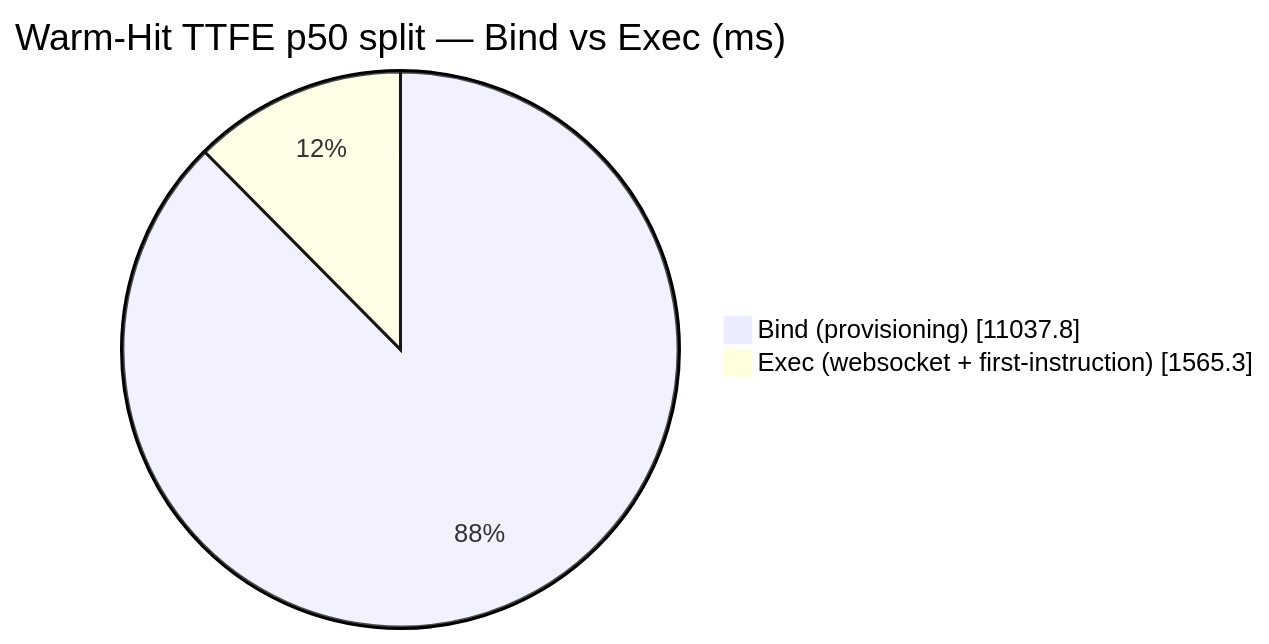
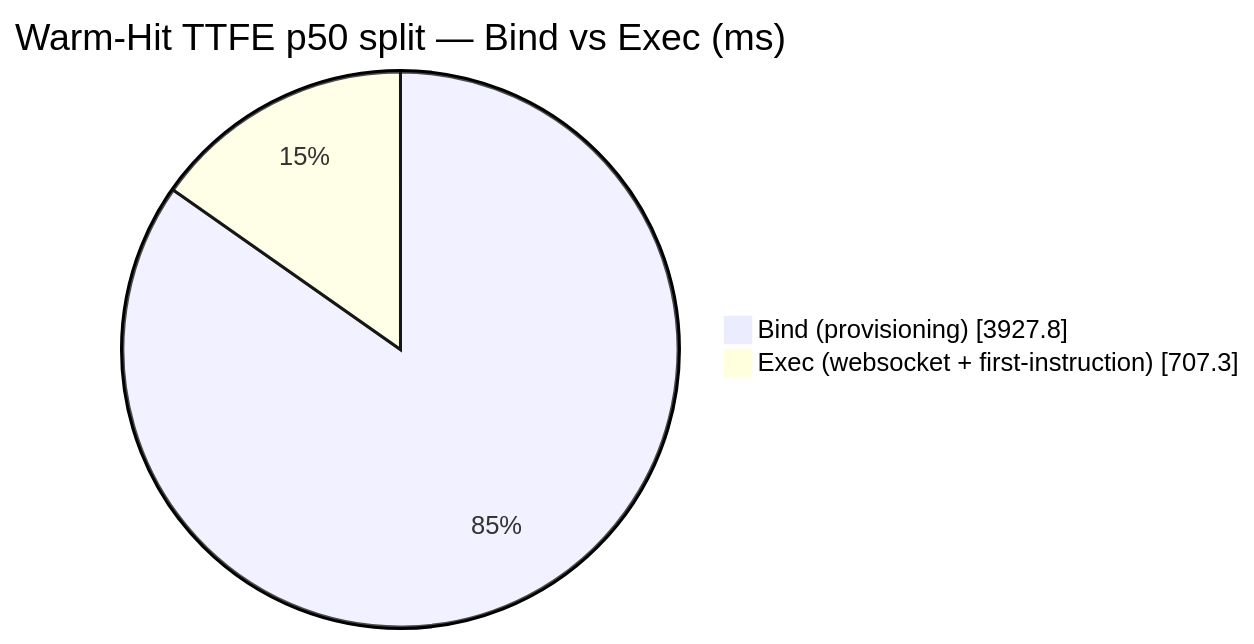
The diagram in DETAILS.md (AlexBulankou/honest-bench), drawn with Mermaid before and after one commit. The commit also changed other lines of this file and 4 other files, not shown here.

````diff
--- a/DETAILS.md
+++ b/DETAILS.md
@@ -64,6 +64,6 @@
 ```mermaid
 pie showData
     title Warm-Hit TTFE p50 split — Bind vs Exec (ms)
-    "Bind (provisioning)" : 11037.8
-    "Exec (websocket + first-instruction)" : 1565.3
+    "Bind (provisioning)" : 3927.8
+    "Exec (websocket + first-instruction)" : 707.3
 ```
````
